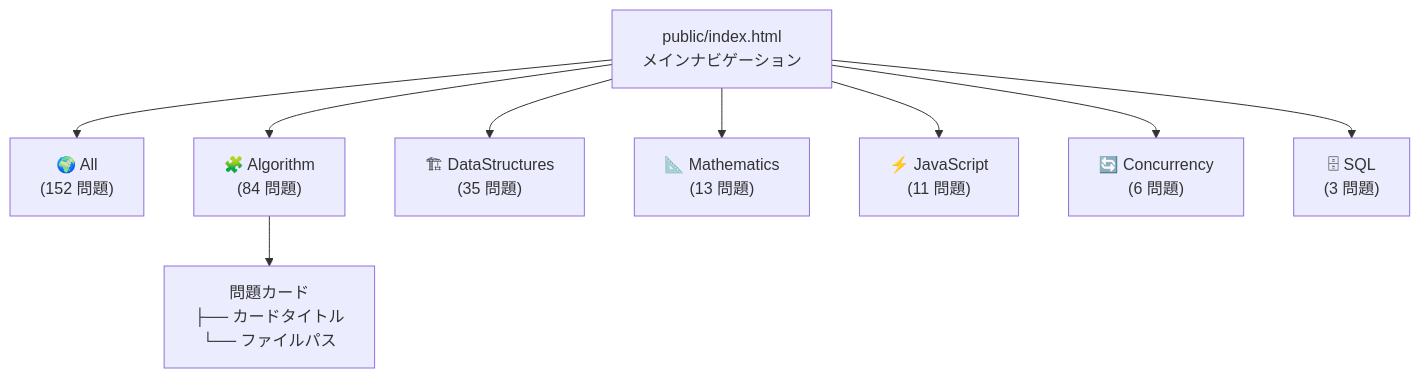
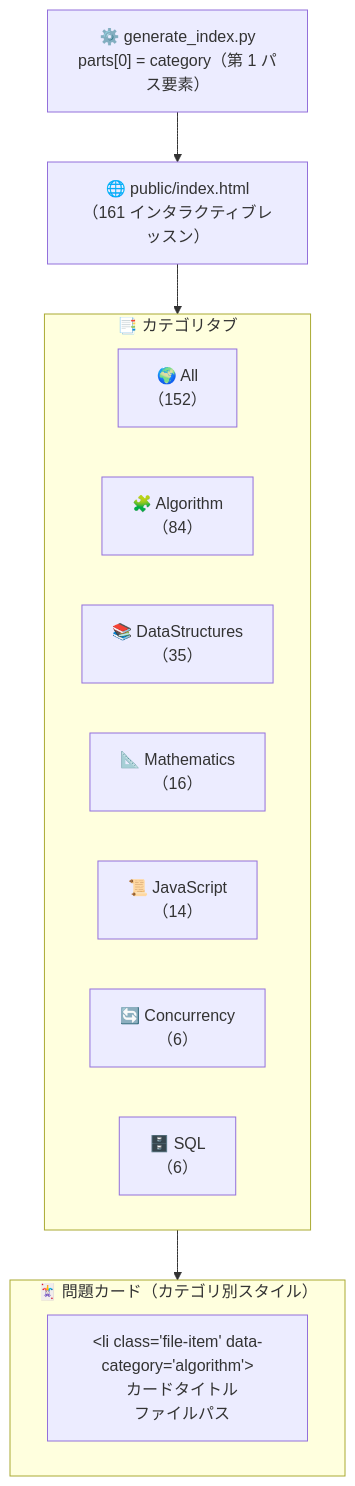
One commit to myoshi2891/Algorithm-DataStructures-Math-SQL changed the sixth of 8 diagrams in README.md. Above: the diagram before and after it, drawn with Mermaid. The commit also changed other lines of this file, not shown here.

````diff
--- a/README.md
+++ b/README.md
@@ -436,14 +340,24 @@
 ```mermaid
-graph TD
-    INDEX["public/index.html<br>メインナビゲーション"]
+flowchart TD
+    INDEX["🌐 public/index.html<br>（161 インタラクティブレッスン）"]
 
-    INDEX --> TAB_ALL["🌍 All<br>(152 問題)"]
-    INDEX --> TAB_ALGO["🧩 Algorithm<br>(84 問題)"]
-    INDEX --> TAB_DS["🏗 DataStructures<br>(35 問題)"]
-    INDEX --> TAB_MATH["📐 Mathematics<br>(13 問題)"]
-    INDEX --> TAB_JS["⚡ JavaScript<br>(11 問題)"]
-    INDEX --> TAB_CC["🔄 Concurrency<br>(6 問題)"]
-    INDEX --> TAB_SQL["🗄 SQL<br>(3 問題)"]
+    subgraph TABS["📑 カテゴリタブ"]
+        T_ALL["🌍 All<br>（152）"]
+        T_ALGO["🧩 Algorithm<br>（84）"]
+        T_DS["📚 DataStructures<br>（35）"]
+        T_MATH["📐 Mathematics<br>（16）"]
+        T_JS["📜 JavaScript<br>（14）"]
+        T_CONC["🔄 Concurrency<br>（6）"]
+        T_SQL["🗄️ SQL<br>（6）"]
+    end
 
-    TAB_ALGO --> CARD["問題カード<br>├── カードタイトル<br>└── ファイルパス"]
+    subgraph CARDS["🃏 問題カード（カテゴリ別スタイル）"]
+        CARD["&lt;li class='file-item' data-category='algorithm'&gt;<br>  カードタイトル<br>  ファイルパス"]
+    end
+
+    INDEX --> TABS
+    TABS --> CARDS
+
+    BUILD["⚙️ generate_index.py<br>parts[0] = category（第 1 パス要素）"]
+    BUILD --> INDEX
 ```
````
